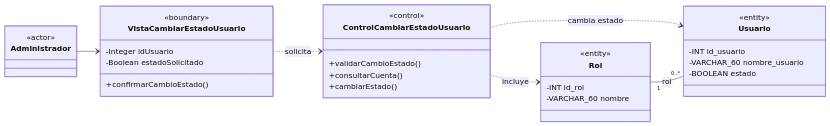
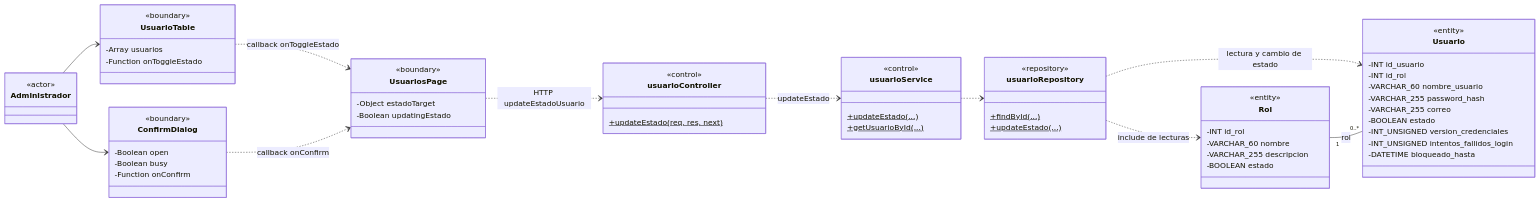
One commit to CreepyBowDev/cadefar-inventory-system changed the seventh of 34 diagrams in docs/ai/analisis-clases-academico.md. Above: the diagram before and after it, drawn with Mermaid. The commit also changed other lines of this file, not shown here.

````diff
--- a/docs/ai/analisis-clases-academico.md
+++ b/docs/ai/analisis-clases-academico.md
@@ -489,33 +683,64 @@
 ```mermaid
 classDiagram
     direction LR
     class Administrador { <<actor>> }
-    class VistaCambiarEstadoUsuario {
+    class UsuariosPage {
         <<boundary>>
-        -Integer idUsuario
-        -Boolean estadoSolicitado
-        +confirmarCambioEstado()
+        -Object estadoTarget
+        -Boolean updatingEstado
     }
-    class ControlCambiarEstadoUsuario {
+    class UsuarioTable {
+        <<boundary>>
+        -Array usuarios
+        -Function onToggleEstado
+    }
+    class ConfirmDialog {
+        <<boundary>>
+        -Boolean open
+        -Boolean busy
+        -Function onConfirm
+    }
+    class usuarioController {
         <<control>>
-        +validarCambioEstado()
-        +consultarCuenta()
-        +cambiarEstado()
+        +updateEstado(req, res, next)$
+    }
+    class usuarioService {
+        <<control>>
+        +updateEstado(...)$
+        +getUsuarioById(...)$
+    }
+    class usuarioRepository {
+        <<repository>>
+        +findById(...)$
+        +updateEstado(...)$
     }
     class Usuario {
         <<entity>>
         -INT id_usuario
+        -INT id_rol
         -VARCHAR_60 nombre_usuario
+        -VARCHAR_255 password_hash
+        -VARCHAR_255 correo
         -BOOLEAN estado
+        -INT_UNSIGNED version_credenciales
+        -INT_UNSIGNED intentos_fallidos_login
+        -DATETIME bloqueado_hasta
     }
     class Rol {
         <<entity>>
         -INT id_rol
         -VARCHAR_60 nombre
+        -VARCHAR_255 descripcion
+        -BOOLEAN estado
     }
-    Administrador --> VistaCambiarEstadoUsuario
-    VistaCambiarEstadoUsuario ..> ControlCambiarEstadoUsuario : solicita
-    ControlCambiarEstadoUsuario ..> Usuario : cambia estado
-    ControlCambiarEstadoUsuario ..> Rol : incluye
+    Administrador --> UsuarioTable
+    Administrador --> ConfirmDialog
+    UsuarioTable ..> UsuariosPage : callback onToggleEstado
+    ConfirmDialog ..> UsuariosPage : callback onConfirm
+    UsuariosPage ..> usuarioController : HTTP updateEstadoUsuario
+    usuarioController ..> usuarioService : updateEstado
+    usuarioService ..> usuarioRepository
+    usuarioRepository ..> Usuario : lectura y cambio de estado
+    usuarioRepository ..> Rol : include de lecturas
     Rol "1" -- "0..*" Usuario : rol
 ```
````
